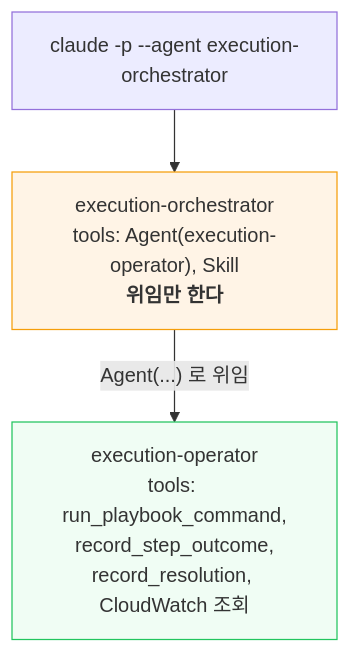
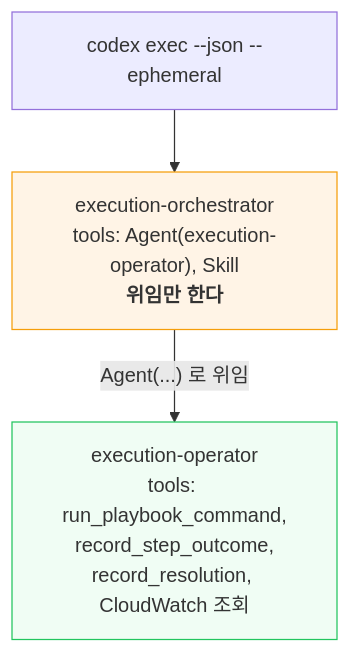
The seventh of 13 diagrams in docs/how-it-works.md (haandol/rca-agent), drawn with Mermaid before and after one commit. The commit also changed other lines of this file and 306 other files, not shown here.

````diff
--- a/docs/how-it-works.md
+++ b/docs/how-it-works.md
@@ -209,12 +209,12 @@
 ```mermaid
 flowchart TB
-    CLI["claude -p --agent execution-orchestrator"]
+    CLI["codex exec --json --ephemeral"]
     ROOT["execution-orchestrator<br/>tools: Agent(execution-operator), Skill<br/><b>위임만 한다</b>"]
     WORKER["execution-operator<br/>tools: run_playbook_command,<br/>record_step_outcome,<br/>record_resolution, CloudWatch 조회"]
 
     CLI --> ROOT
     ROOT -->|"Agent(...) 로 위임"| WORKER
 
     style ROOT fill:#fff4e6,stroke:#f59e0b
     style WORKER fill:#f0fdf4,stroke:#22c55e
 ```
````
